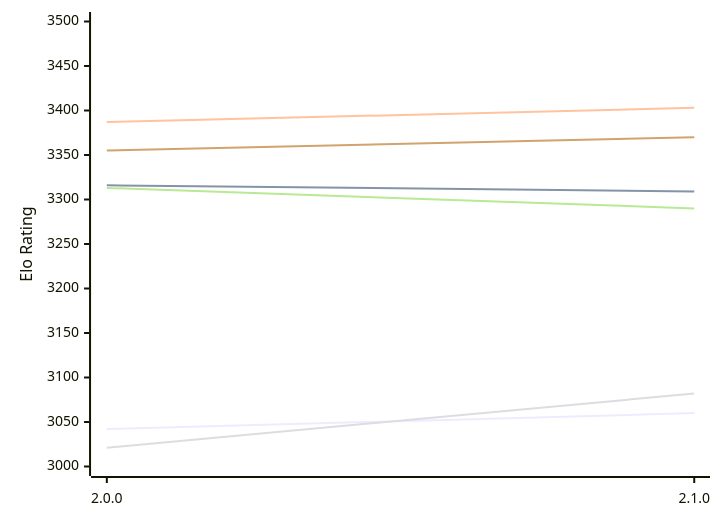
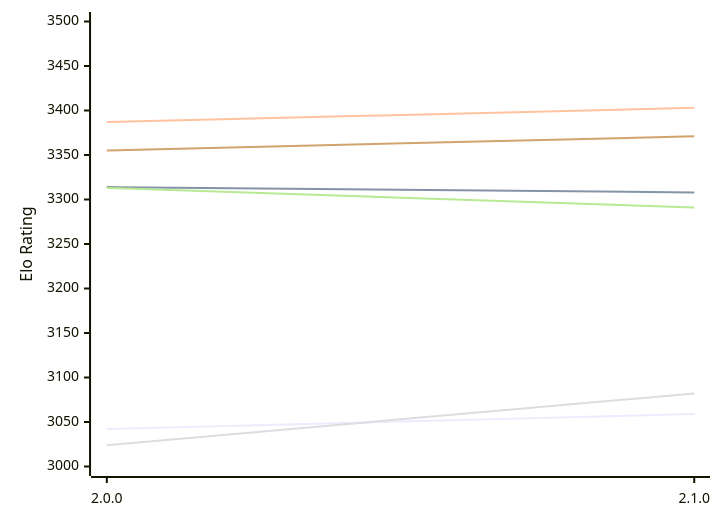
Before and after one commit to computer-chess-index/cci: the diagram in engines/Sapling.md, drawn with Mermaid. The commit also changed other lines of this file, not shown here.

Commit message:
Update CCI Ratings (ELO VLTC) - 2026-11-27

````diff
--- a/engines/Sapling.md
+++ b/engines/Sapling.md
@@ -49,12 +49,12 @@
 ```mermaid
 %%{init: {"theme":"base","themeVariables":{"seriesColors:['#a3a3a3','#222221','#faa371']}}}%%
 xychart-beta
   x-axis ["2.0.0", "2.1.0"]
   y-axis "Elo Rating" 3000 --> 3500
-  line "E1: STC (8.0+0.08s)" [3042, 3060]
-  line "E1: LTC (60.0+0.60s)" [3316, 3309]
+  line "E1: STC (8.0+0.08s)" [3042, 3059]
+  line "E1: LTC (60.0+0.60s)" [3314, 3308]
   line "E1: VLTC (2m24s+1.12s)" [3387, 3403]
-  line "P1: STC (8.0+0.08s)" [3021, 3082]
-  line "P1: LTC (60.0+0.60s)" [3313, 3290]
-  line "P1: VLTC (2m24s+1.12s)" [3355, 3370]
+  line "P1: STC (8.0+0.08s)" [3024, 3082]
+  line "P1: LTC (60.0+0.60s)" [3313, 3291]
+  line "P1: VLTC (2m24s+1.12s)" [3355, 3371]
 ```
````
